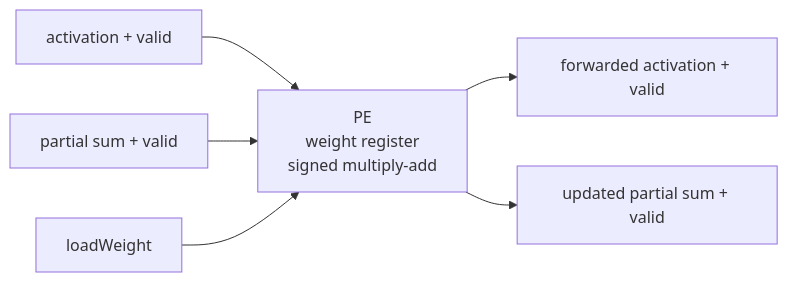
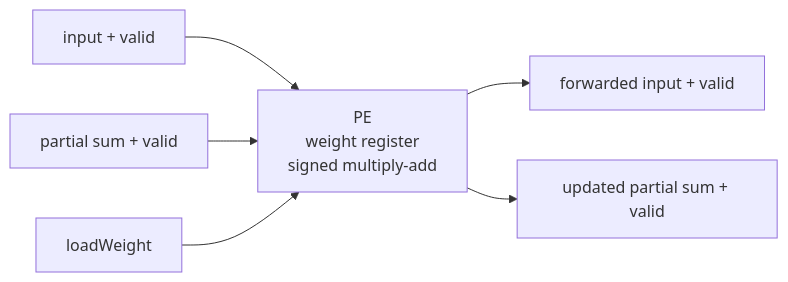
The second of 3 diagrams in README.md (aHighHooman/NN-Acceleration), drawn with Mermaid before and after one commit. The commit also changed other lines of this file, not shown here.

Commit message:
Phase 6U: document input interface and verification ownership

````diff
--- a/README.md
+++ b/README.md
@@ -51,8 +51,8 @@
 ```mermaid
 flowchart LR
-    LEFT["activation + valid"] --> PE["PE<br/>weight register<br/>signed multiply-add"]
+    LEFT["input + valid"] --> PE["PE<br/>weight register<br/>signed multiply-add"]
     TOP["partial sum + valid"] --> PE
     LOAD["loadWeight"] --> PE
-    PE --> RIGHT["forwarded activation + valid"]
+    PE --> RIGHT["forwarded input + valid"]
     PE --> BOTTOM["updated partial sum + valid"]
 ```
````
